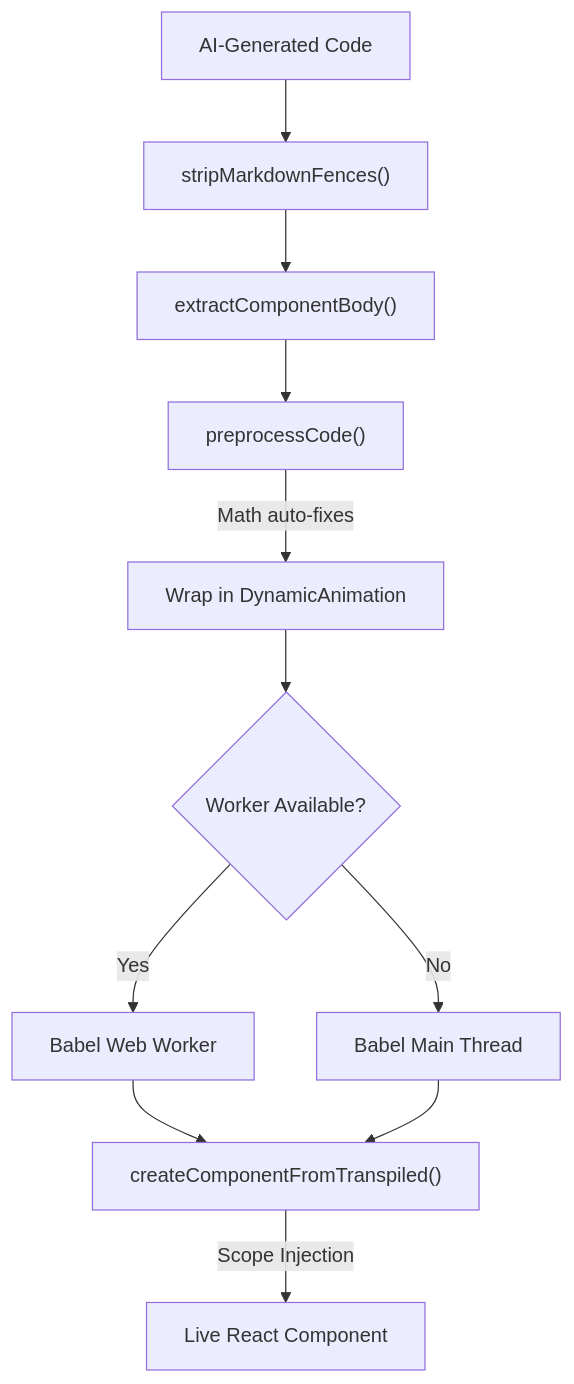
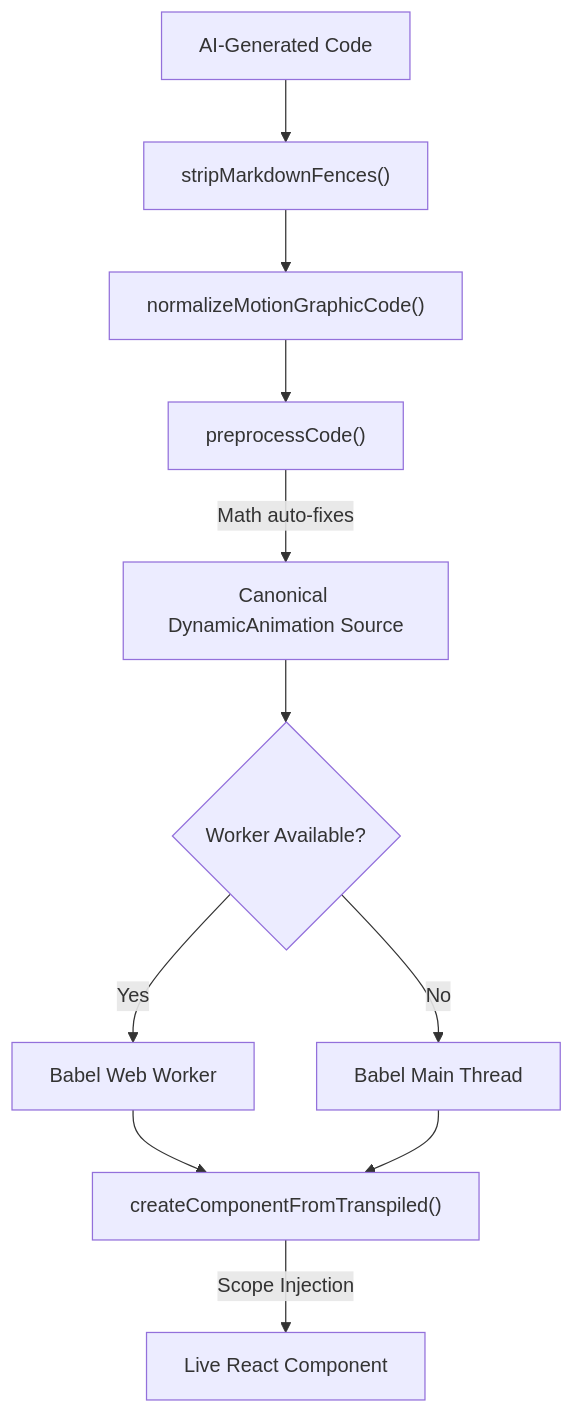
Before and after one commit to OBress/Vid-Bolt: the second of 2 diagrams in docs/motion-graphics-technical-reference.md, drawn with Mermaid. The commit also changed other lines of this file and 83 other files, not shown here.

````diff
--- a/docs/motion-graphics-technical-reference.md
+++ b/docs/motion-graphics-technical-reference.md
@@ -332,13 +332,13 @@
 ```mermaid
 flowchart TD
     A["AI-Generated Code"] --> B["stripMarkdownFences()"]
-    B --> C["extractComponentBody()"]
+    B --> C["normalizeMotionGraphicCode()"]
     C --> D["preprocessCode()"]
-    D -->|"Math auto-fixes"| E["Wrap in DynamicAnimation"]
+    D -->|"Math auto-fixes"| E["Canonical DynamicAnimation Source"]
     E --> F{"Worker Available?"}
     F -->|Yes| G["Babel Web Worker"]
     F -->|No| H["Babel Main Thread"]
     G --> I["createComponentFromTranspiled()"]
     H --> I
     I -->|"Scope Injection"| J["Live React Component"]
 ```
````
